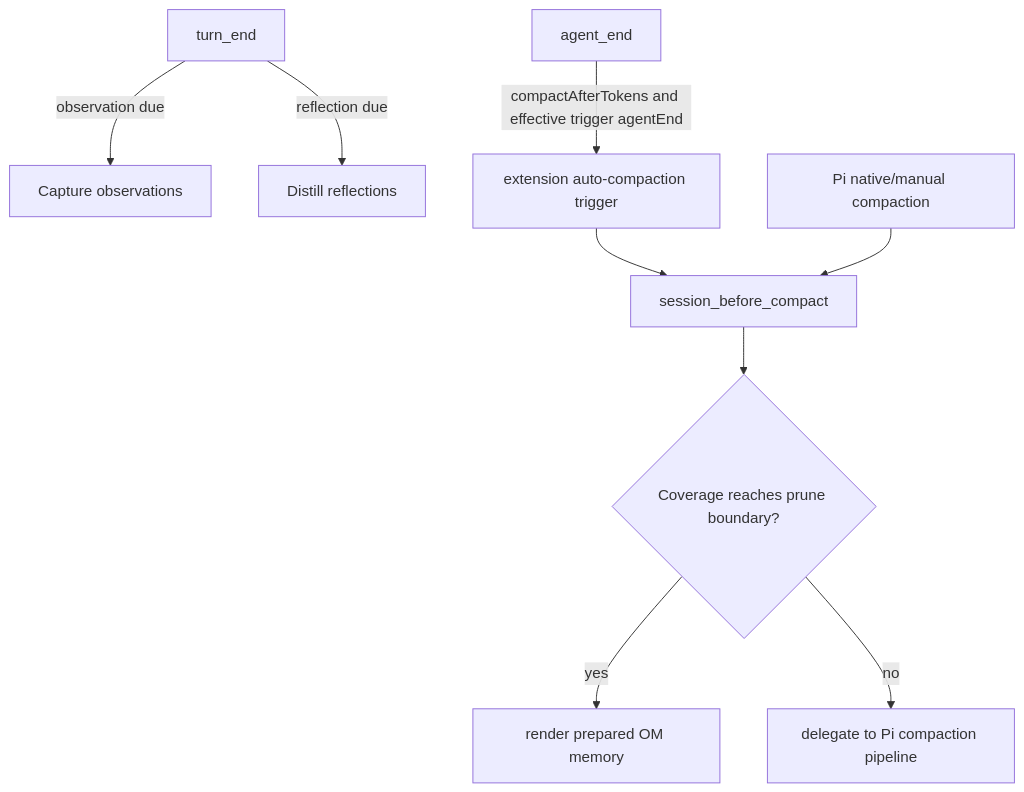
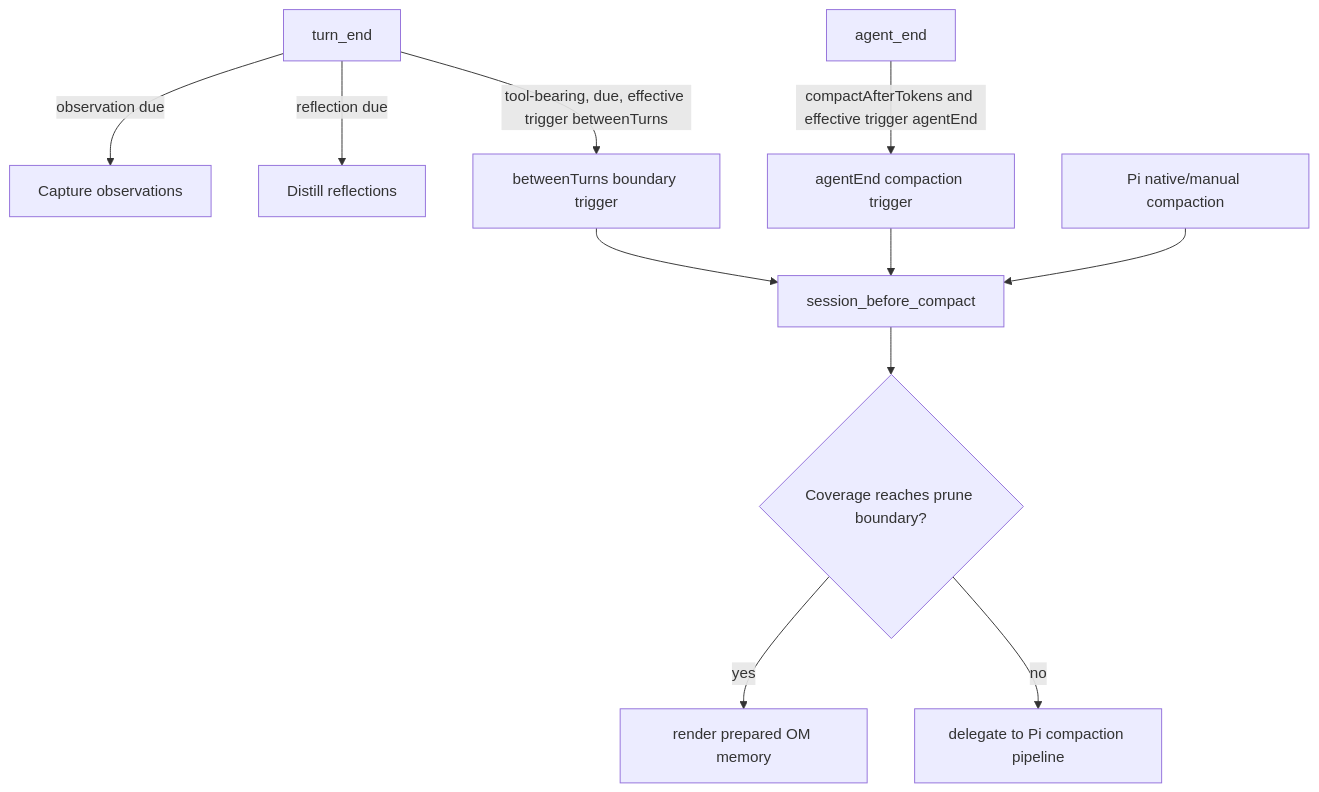
The diagram in README.md (Whamp/pi-observational-memory), drawn with Mermaid before and after one commit. The commit also changed other lines of this file and 11 other files, not shown here.

Commit message:
Add between-turn compaction continuation (#10)

````diff
--- a/README.md
+++ b/README.md
@@ -345,21 +357,23 @@
 ```mermaid
 flowchart TD
     Turn[turn_end]
     Observe[Capture observations]
     Reflect[Distill reflections]
     AgentEnd[agent_end]
-    Trigger[extension auto-compaction trigger]
+    Trigger[agentEnd compaction trigger]
+    Between[betweenTurns boundary trigger]
     Native[Pi native/manual compaction]
     Compact[session_before_compact]
     Authority{Coverage reaches prune boundary?}
     Summary[render prepared OM memory]
     Delegate[delegate to Pi compaction pipeline]
 
     Turn -->|observation due| Observe
     Turn -->|reflection due| Reflect
+    Turn -->|tool-bearing, due, effective trigger betweenTurns| Between --> Compact
     AgentEnd -->|compactAfterTokens and effective trigger agentEnd| Trigger --> Compact
     Native --> Compact
     Compact --> Authority
     Authority -->|yes| Summary
     Authority -->|no| Delegate
 ```
````
